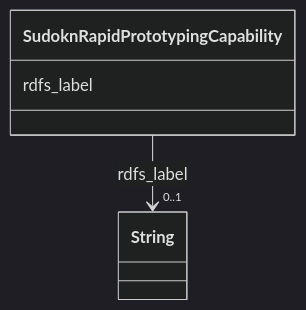
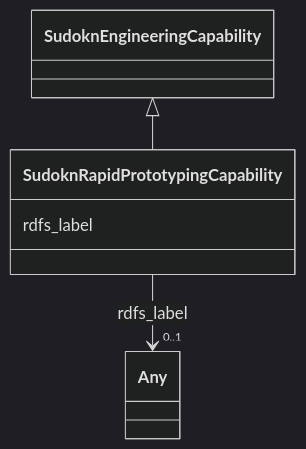
The diagram in sudokn-kg/classes/SudoknRapidPrototypingCapability.md (frink-okn/graph-descriptions), drawn with Mermaid (dark theme) before and after one commit. The commit also changed other lines of this file and 903 other files, not shown here.

````diff
--- a/sudokn-kg/classes/SudoknRapidPrototypingCapability.md
+++ b/sudokn-kg/classes/SudoknRapidPrototypingCapability.md
@@ -23,15 +18,18 @@
 ```mermaid
  classDiagram
     class SudoknRapidPrototypingCapability
     click SudoknRapidPrototypingCapability href "../SudoknRapidPrototypingCapability"
+      SudoknEngineeringCapability <|-- SudoknRapidPrototypingCapability
+        click SudoknEngineeringCapability href "../SudoknEngineeringCapability"
+      
       SudoknRapidPrototypingCapability : rdfs_label
         
           
     
     
-    SudoknRapidPrototypingCapability --> "0..1" String : rdfs_label
-    click String href "../String"
+    SudoknRapidPrototypingCapability --> "0..1" Any : rdfs_label
+    click Any href "../Any"
 
         
       
 ```
````
